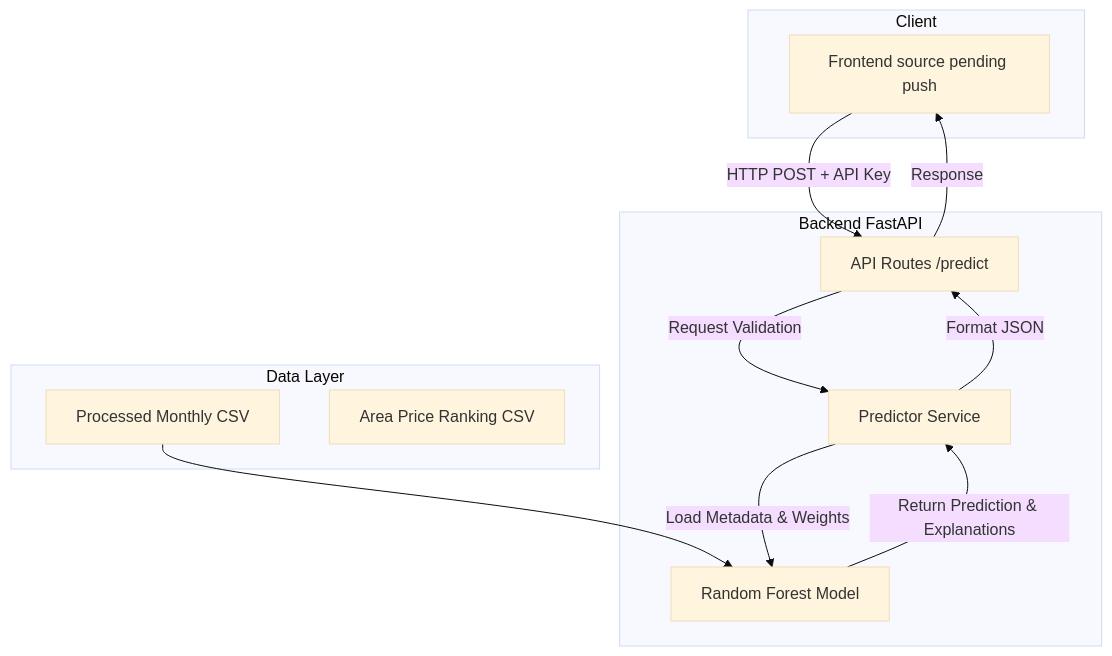
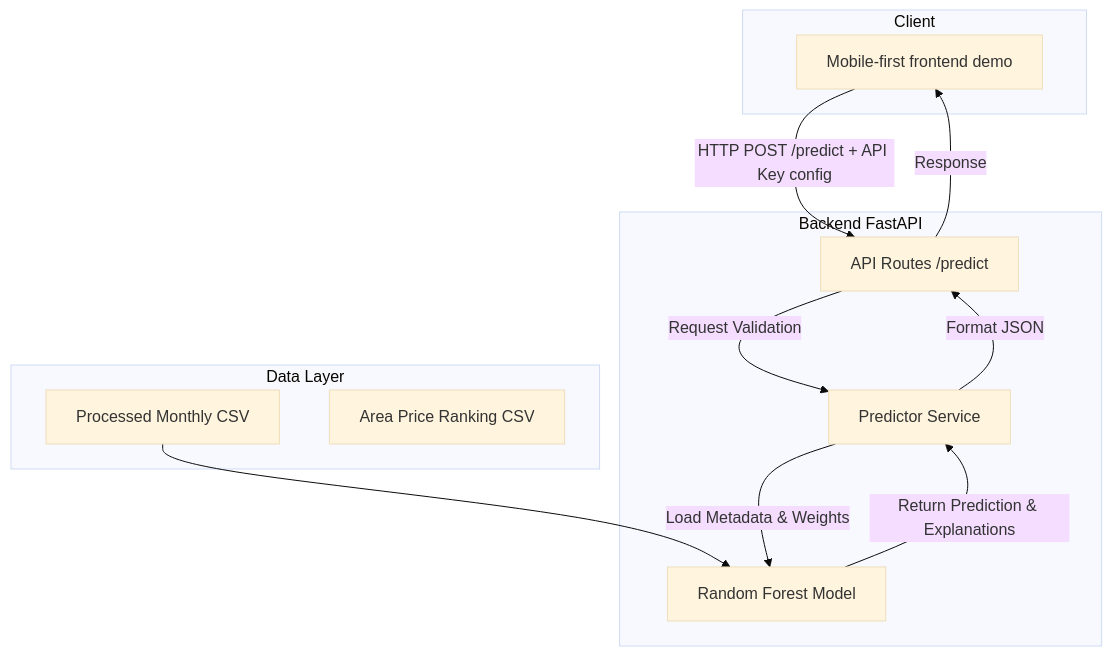
Before and after one commit to uit-25730067-chithanh/AI002-Team22-DT10: the diagram in docs/system-architecture.md, drawn with Mermaid (base theme). The commit also changed other lines of this file and 5 other files, not shown here.

First line of the commit message:
docs(project): update codebase docs, roadmap, and presentation slides

````diff
--- a/docs/system-architecture.md
+++ b/docs/system-architecture.md
@@ -16,26 +15,26 @@
 ```mermaid
 flowchart TD
     subgraph Client
-        UI[Frontend source pending push]
+        UI[Mobile-first frontend demo]
     end
 
     subgraph Server [Backend FastAPI]
         API[API Routes /predict]
         Service[Predictor Service]
         Model[Random Forest Model]
     end
 
     subgraph Data [Data Layer]
         CSV[Processed Monthly CSV]
         Rank[Area Price Ranking CSV]
     end
 
-    UI -- HTTP POST + API Key --> API
+    UI -- HTTP POST /predict + API Key config --> API
     API -- Request Validation --> Service
     Service -- Load Metadata & Weights --> Model
     Model -- Return Prediction & Explanations --> Service
     Service -- Format JSON --> API
     API -- Response --> UI
     
     CSV --> Model
 ```
````
